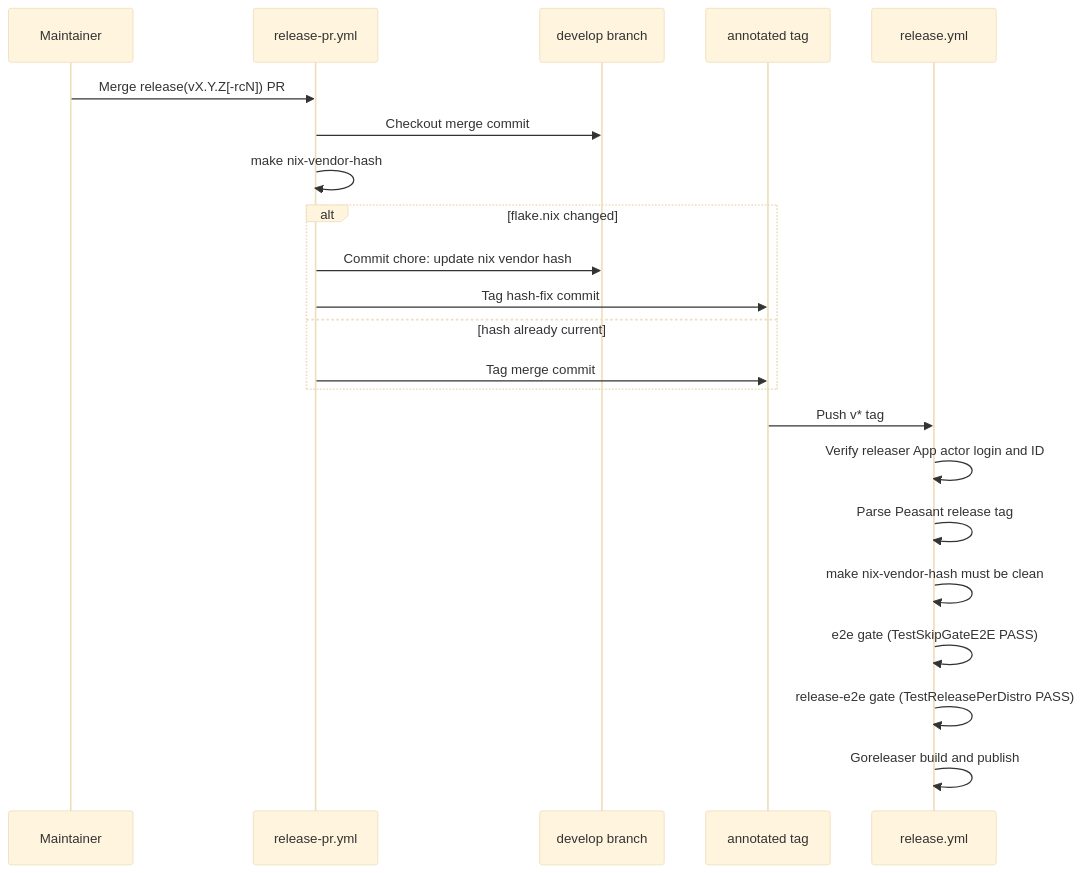
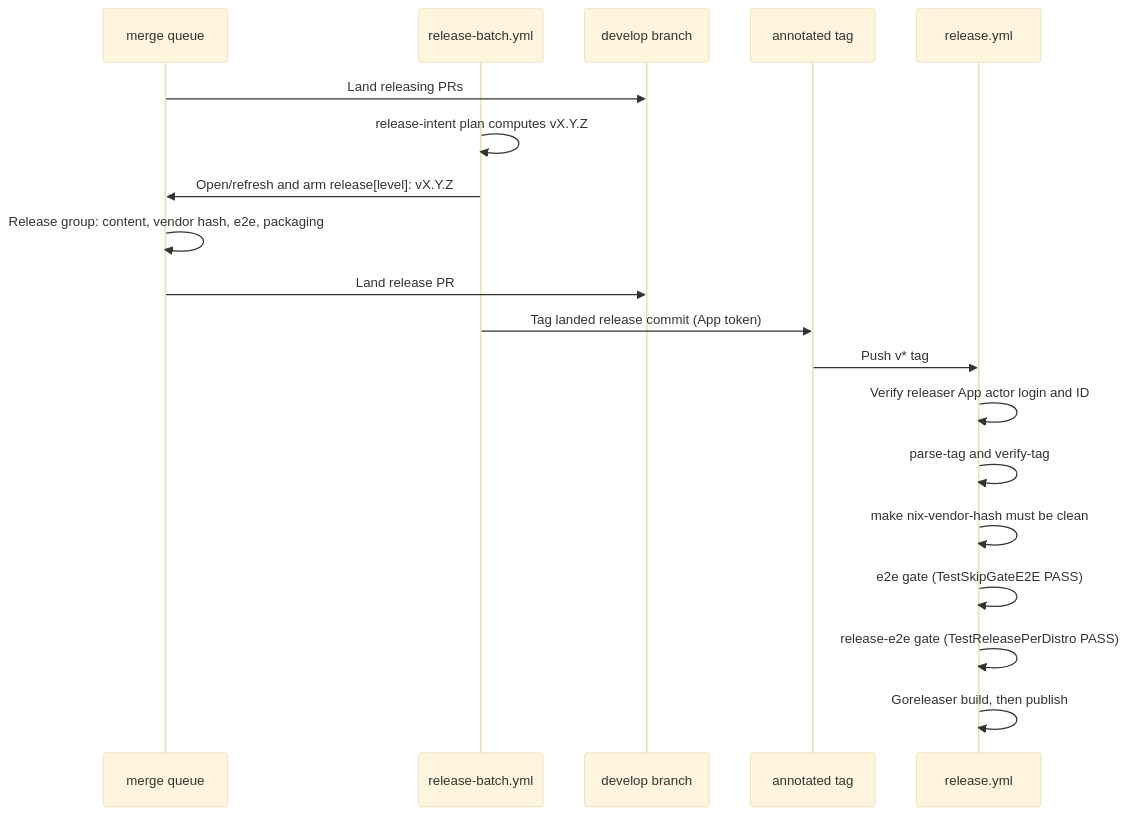
One commit to peasant-labs/peasant changed the second of 4 diagrams in docs/release-architecture.md. Above: the diagram before and after it, drawn with Mermaid (base theme). The commit also changed other lines of this file and 1 other file, not shown here.

Commit message:
docs(release): describe the computed-release flow and retire the release-guard grammar

````diff
--- a/docs/release-architecture.md
+++ b/docs/release-architecture.md
@@ -100,25 +99,22 @@
 ```mermaid
 sequenceDiagram
-  participant Maintainer
-  participant PR as release-pr.yml
+  participant Queue as merge queue
+  participant Batch as release-batch.yml
   participant Git as develop branch
   participant Tag as annotated tag
   participant Rel as release.yml
 
-  Maintainer->>PR: Merge release(vX.Y.Z[-rcN]) PR
-  PR->>Git: Checkout merge commit
-  PR->>PR: make nix-vendor-hash
-  alt flake.nix changed
-    PR->>Git: Commit chore: update nix vendor hash
-    PR->>Tag: Tag hash-fix commit
-  else hash already current
-    PR->>Tag: Tag merge commit
-  end
+  Queue->>Git: Land releasing PRs
+  Batch->>Batch: release-intent plan computes vX.Y.Z
+  Batch->>Queue: Open/refresh and arm release[level]: vX.Y.Z
+  Queue->>Queue: Release group: content, vendor hash, e2e, packaging
+  Queue->>Git: Land release PR
+  Batch->>Tag: Tag landed release commit (App token)
   Tag->>Rel: Push v* tag
   Rel->>Rel: Verify releaser App actor login and ID
-  Rel->>Rel: Parse Peasant release tag
+  Rel->>Rel: parse-tag and verify-tag
   Rel->>Rel: make nix-vendor-hash must be clean
   Rel->>Rel: e2e gate (TestSkipGateE2E PASS)
   Rel->>Rel: release-e2e gate (TestReleasePerDistro PASS)
-  Rel->>Rel: Goreleaser build and publish
+  Rel->>Rel: Goreleaser build, then publish
 ```
````
